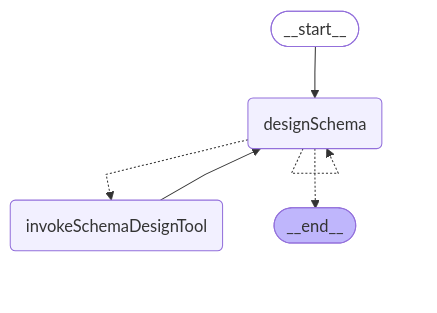
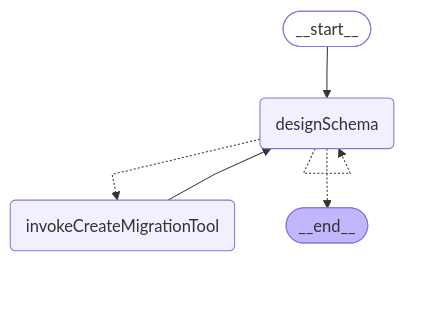
One commit to yzkee/liam changed the fourth of 6 diagrams in frontend/internal-packages/agent/README.md. Above: the diagram before and after it, drawn with Mermaid. The commit also changed other lines of this file and 21 other files, not shown here.

First line of the commit message:
♻️ Refactor: Rename schemaDesignTool to createMigrationTool in agent package

````diff
--- a/frontend/internal-packages/agent/README.md
+++ b/frontend/internal-packages/agent/README.md
@@ -170,16 +170,16 @@
 ```mermaid
 %%{init: {'flowchart': {'curve': 'linear'}}}%%
 graph TD;
 	__start__([<p>__start__</p>]):::first
 	designSchema(designSchema)
-	invokeSchemaDesignTool(invokeSchemaDesignTool)
+	invokeCreateMigrationTool(invokeCreateMigrationTool)
 	__end__([<p>__end__</p>]):::last
 	__start__ --> designSchema;
-	invokeSchemaDesignTool --> designSchema;
-	designSchema -.-> invokeSchemaDesignTool;
+	invokeCreateMigrationTool --> designSchema;
+	designSchema -.-> invokeCreateMigrationTool;
 	designSchema -.-> __end__;
 	designSchema -.-> designSchema;
 	classDef default fill:#f2f0ff,line-height:1.2;
 	classDef first fill-opacity:0;
 	classDef last fill:#bfb6fc;
 ```
````
